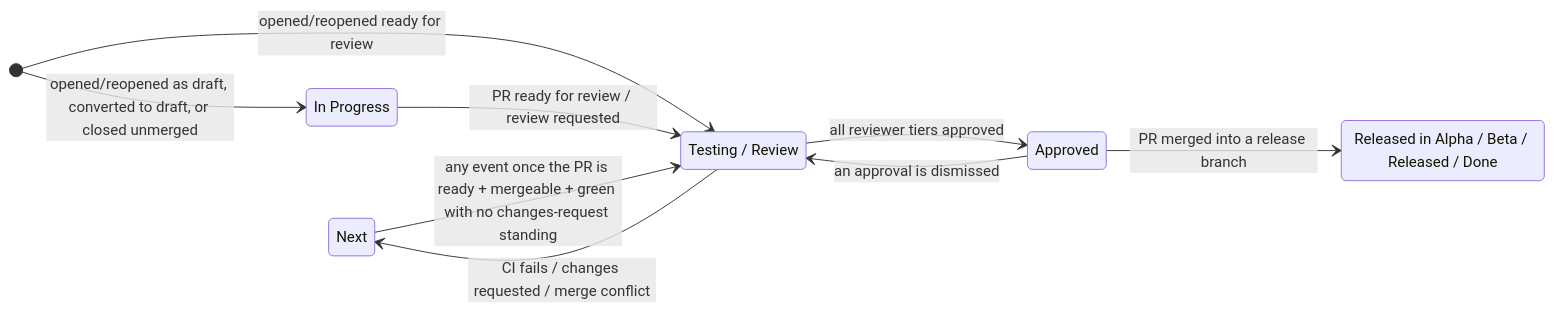
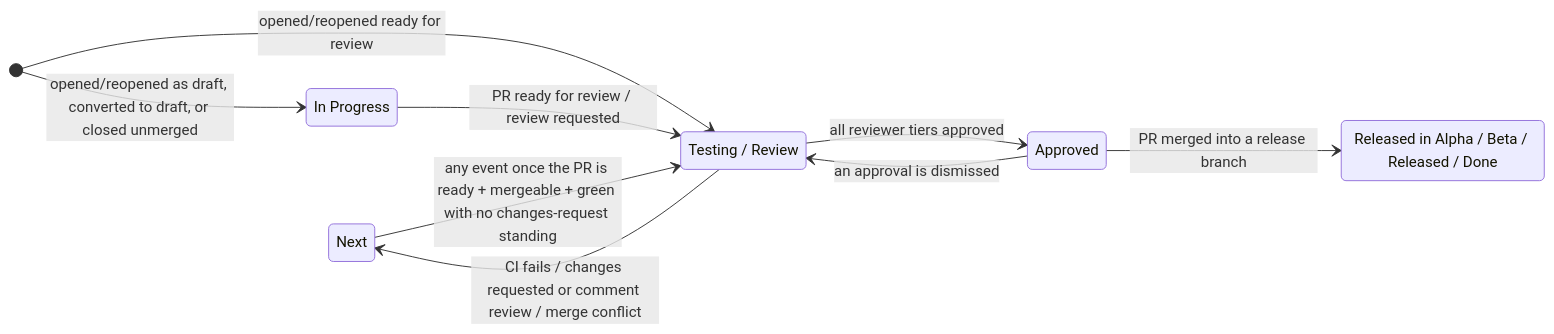
The diagram in README.md (nsquared-team/asana-comment-on-task-github-action), drawn with Mermaid before and after one commit. The commit also changed other lines of this file and 5 other files, not shown here.

First line of the commit message:
Treat a tier reviewer's comment review as a rejection

````diff
--- a/README.md
+++ b/README.md
@@ -13,18 +13,18 @@
 ```mermaid
 stateDiagram-v2
     direction LR
     Next : Next
     InProgress : In Progress
     Testing : Testing / Review
     Approved : Approved
     Release : Released in Alpha / Beta / Released / Done
 
     [*] --> InProgress : opened/reopened as draft, converted to draft, or closed unmerged
     [*] --> Testing : opened/reopened ready for review
     InProgress --> Testing : PR ready for review / review requested
-    Testing --> Next : CI fails / changes requested / merge conflict
+    Testing --> Next : CI fails / changes requested or comment review / merge conflict
     Next --> Testing : any event once the PR is ready + mergeable + green with no changes-request standing
     Testing --> Approved : all reviewer tiers approved
     Approved --> Testing : an approval is dismissed
     Approved --> Release : PR merged into a release branch
 ```
````
